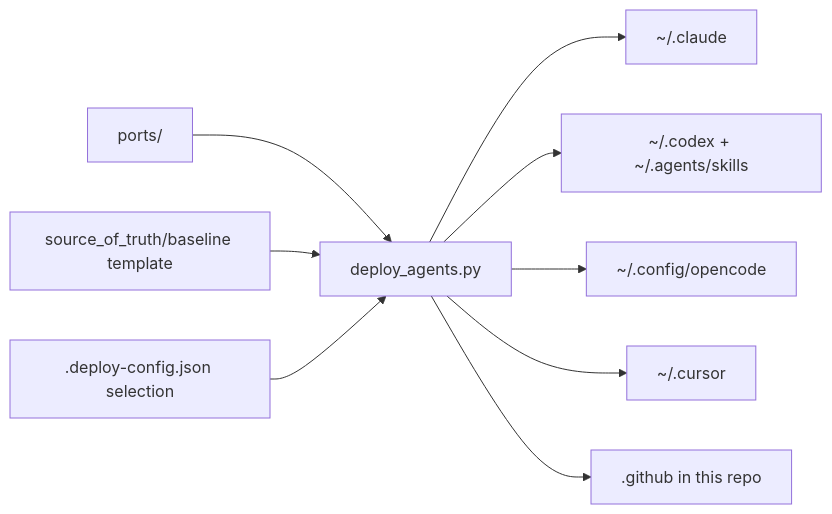
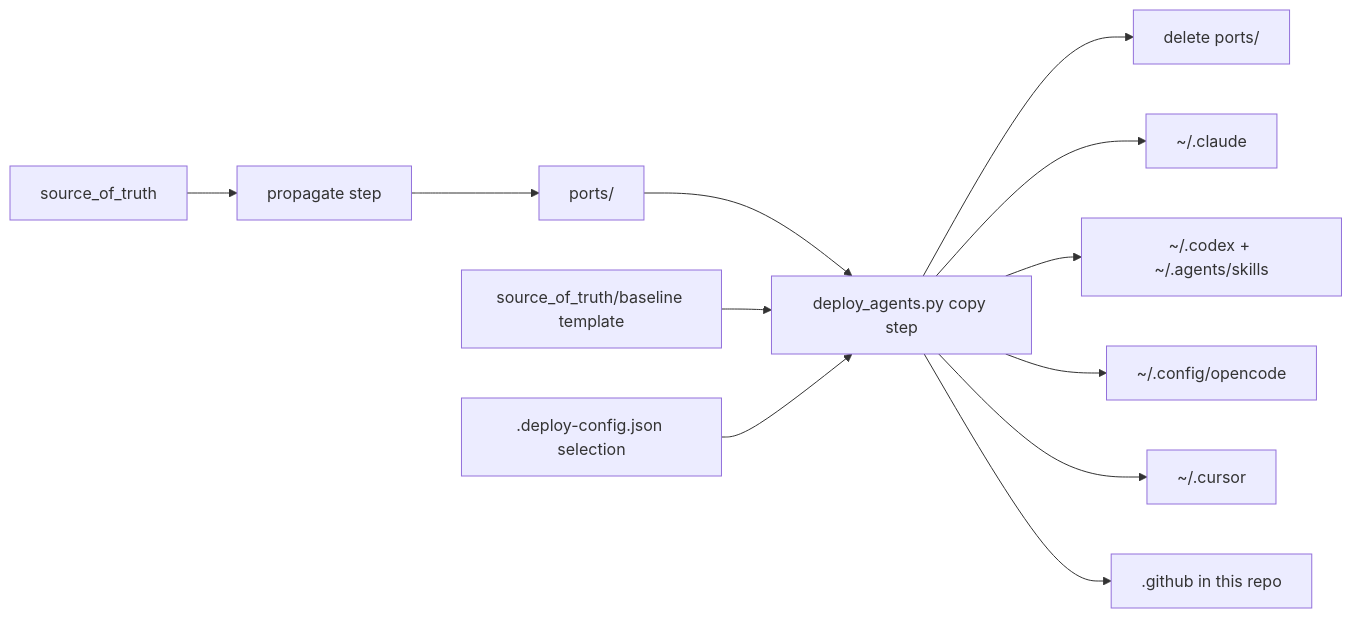
Before and after one commit to threnjen/thren-agentic-workflows: the third of 4 diagrams in docs/ARCHITECTURE.md, drawn with Mermaid. The commit also changed other lines of this file and 18 other files, not shown here.

````diff
--- a/docs/ARCHITECTURE.md
+++ b/docs/ARCHITECTURE.md
@@ -82,11 +89,14 @@
 ```mermaid
 flowchart LR
-    Ports[ports/<harness>] --> Deploy[deploy_agents.py]
+    SOT[source_of_truth] --> Propagate[propagate step]
+    Propagate --> Ports[ports/<harness>]
+    Ports --> Deploy[deploy_agents.py copy step]
     Baseline[source_of_truth/baseline template] --> Deploy
     Config[.deploy-config.json selection] --> Deploy
+    Deploy --> Discard[delete ports/]
     Deploy --> Claude[~/.claude]
     Deploy --> Codex[~/.codex + ~/.agents/skills]
     Deploy --> OpenCode[~/.config/opencode]
     Deploy --> Cursor[~/.cursor]
     Deploy --> Github[.github in this repo]
 ```
````
